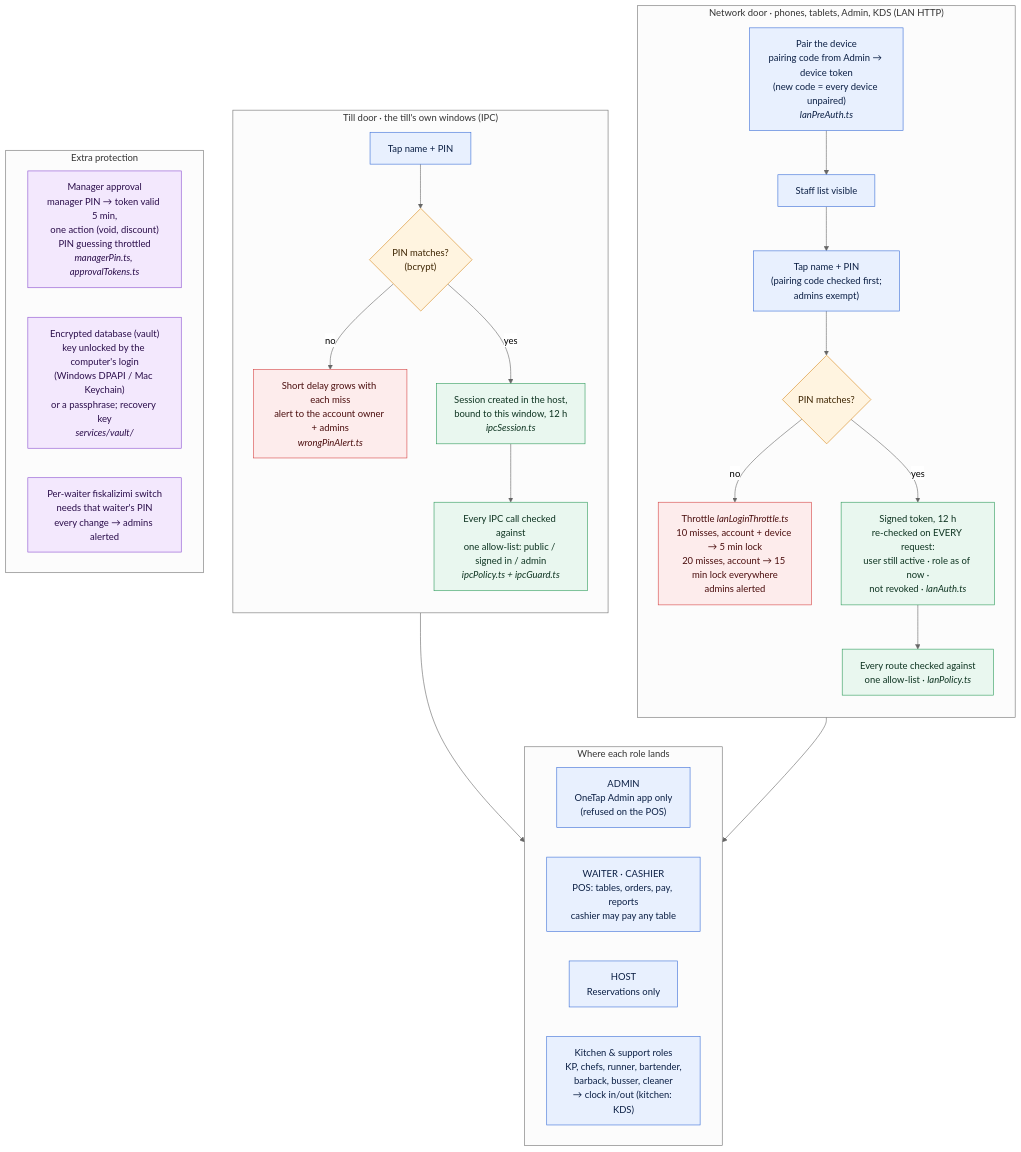
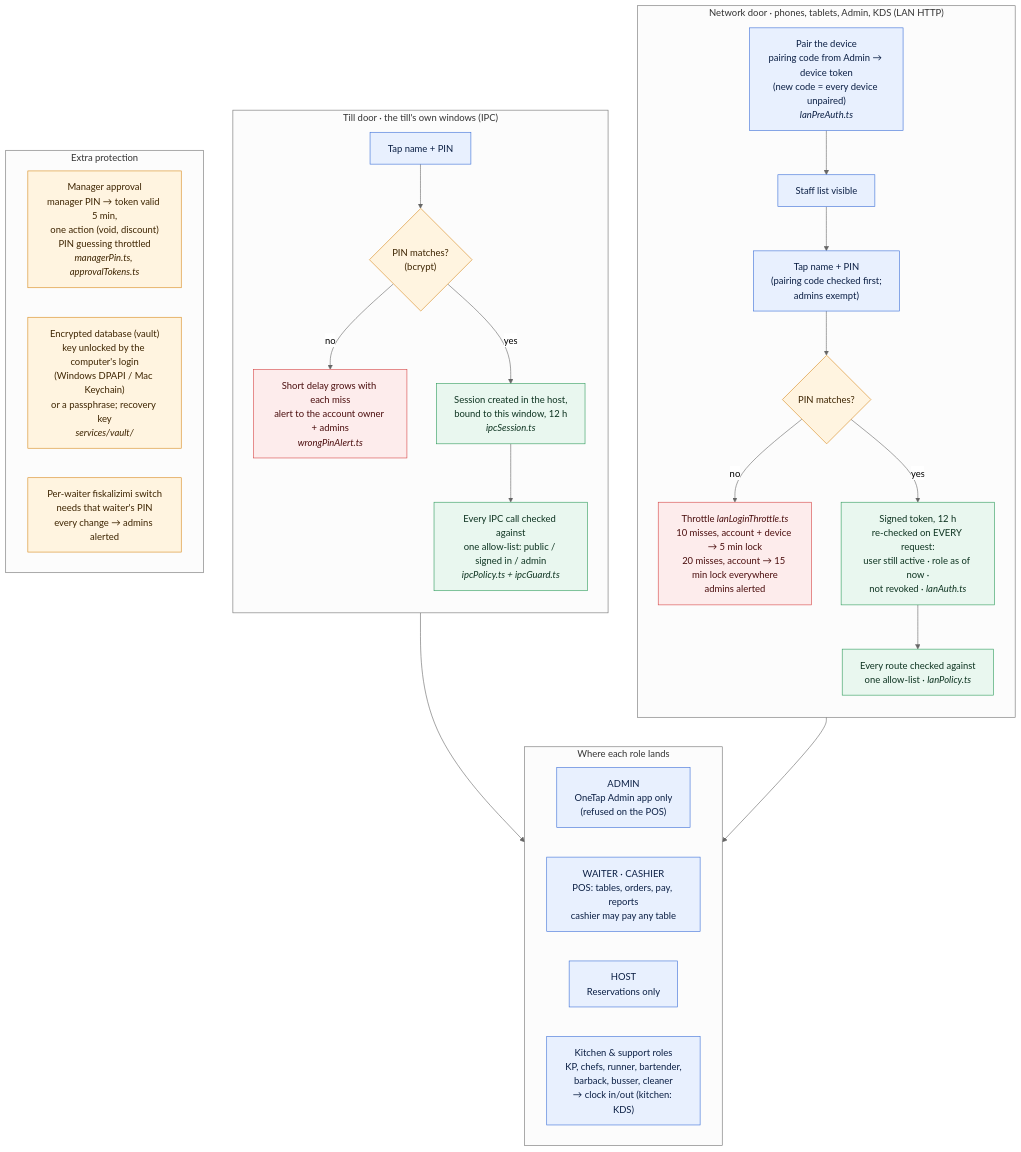
One commit to DidiG03/POS changed the diagram in docs/diagrams/05-signin-security.mmd. Above: the diagram before and after it, drawn with Mermaid (neutral theme). The commit also changed 28 other files, not shown here.

First line of the commit message:
Diagrams: key & glossary page, one colour scheme, version stamps, fixes

```diff
--- a/docs/diagrams/05-signin-security.mmd
+++ b/docs/diagrams/05-signin-security.mmd
@@ -1,48 +1,52 @@
 %% 5. Sign-in & security: who may do what, from where.
 flowchart TB
   subgraph LANDOOR["Network door · phones, tablets, Admin, KDS (LAN HTTP)"]
     direction TB
     L1["Pair the device<br/>pairing code from Admin → device token<br/>(new code = every device unpaired)<br/><i>lanPreAuth.ts</i>"] --> L2["Staff list visible"]
     L2 --> L3["Tap name + PIN<br/>(pairing code checked first;<br/>admins exempt)"]
     L3 --> L4{"PIN matches?"}
     L4 -- no --> L5["Throttle <i>lanLoginThrottle.ts</i><br/>10 misses, account + device → 5 min lock<br/>20 misses, account → 15 min lock everywhere<br/>admins alerted"]
     L4 -- yes --> L6["Signed token, 12 h<br/>re-checked on EVERY request:<br/>user still active · role as of now ·<br/>not revoked · <i>lanAuth.ts</i>"]
     L6 --> L7["Every route checked against<br/>one allow-list · <i>lanPolicy.ts</i>"]
   end
 
   subgraph TILLDOOR["Till door · the till's own windows (IPC)"]
     direction TB
     T1["Tap name + PIN"] --> T2{"PIN matches?<br/>(bcrypt)"}
     T2 -- no --> T3["Short delay grows with each miss<br/>alert to the account owner + admins<br/><i>wrongPinAlert.ts</i>"]
     T2 -- yes --> T4["Session created in the host,<br/>bound to this window, 12 h<br/><i>ipcSession.ts</i>"]
     T4 --> T5["Every IPC call checked against<br/>one allow-list: public / signed in / admin<br/><i>ipcPolicy.ts + ipcGuard.ts</i>"]
   end
 
   subgraph ROLES["Where each role lands"]
     direction LR
     R1["ADMIN<br/>OneTap Admin app only<br/>(refused on the POS)"]
     R2["WAITER · CASHIER<br/>POS: tables, orders, pay, reports<br/>cashier may pay any table"]
     R3["HOST<br/>Reservations only"]
     R4["Kitchen & support roles<br/>KP, chefs, runner, bartender,<br/>barback, busser, cleaner<br/>→ clock in/out (kitchen: KDS)"]
   end
 
   subgraph EXTRA["Extra protection"]
     direction LR
     M1["Manager approval<br/>manager PIN → token valid 5 min,<br/>one action (void, discount)<br/>PIN guessing throttled<br/><i>managerPin.ts, approvalTokens.ts</i>"]
     M2["Encrypted database (vault)<br/>key unlocked by the computer's login<br/>(Windows DPAPI / Mac Keychain)<br/>or a passphrase; recovery key<br/><i>services/vault/</i>"]
     M3["Per-waiter fiskalizimi switch<br/>needs that waiter's PIN<br/>every change → admins alerted"]
   end
 
   T5 --> ROLES
   L7 --> ROLES
 
   classDef step fill:#e8f0fe,stroke:#3b6fd8,color:#0b1f44
-  classDef decide fill:#fff4e0,stroke:#d88a1d,color:#3d2400
+  classDef logic fill:#fff4e0,stroke:#d88a1d,color:#3d2400
+  classDef data fill:#e3f4f4,stroke:#178a8a,color:#06393a
   classDef good fill:#e9f7ef,stroke:#2e9b5b,color:#0d3320
+  classDef warn fill:#fff9db,stroke:#e0a800,color:#3d2e00
   classDef bad fill:#fdecec,stroke:#d64545,color:#4a0d0d
-  classDef extra fill:#f3e8fd,stroke:#8b4fd1,color:#2a0d4a
+  classDef ext fill:#f3e8fd,stroke:#8b4fd1,color:#2a0d4a
+  classDef device fill:#f1f3f5,stroke:#868e96,color:#212529
+  classDef note fill:#f8f9fa,stroke:#adb5bd,color:#343a40,stroke-dasharray:4 3
   class T1,L1,L2,L3,R1,R2,R3,R4 step
-  class T2,L4 decide
+  class T2,L4 logic
   class T4,T5,L6,L7 good
   class T3,L5 bad
-  class M1,M2,M3 extra
+  class M1,M2,M3 logic
```
